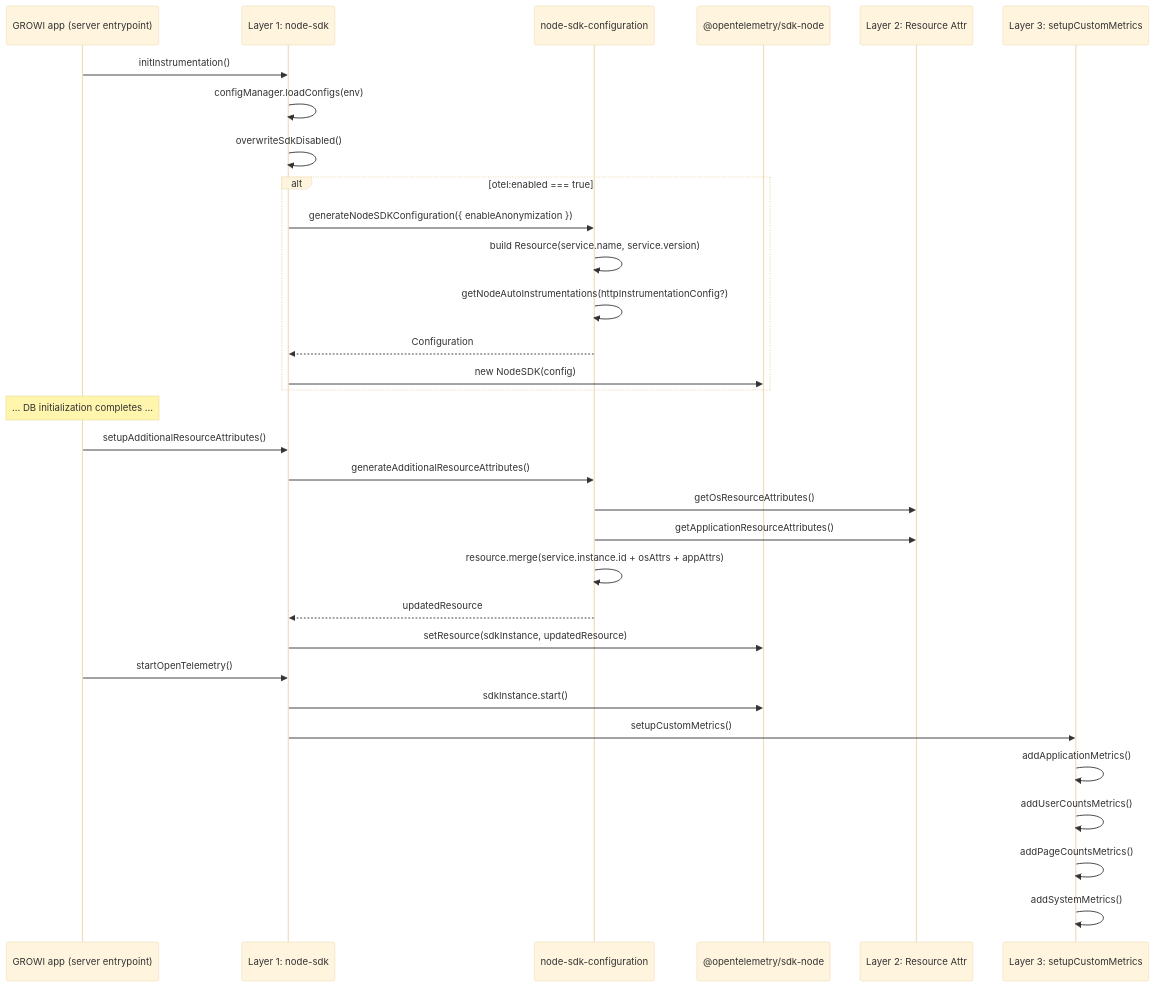
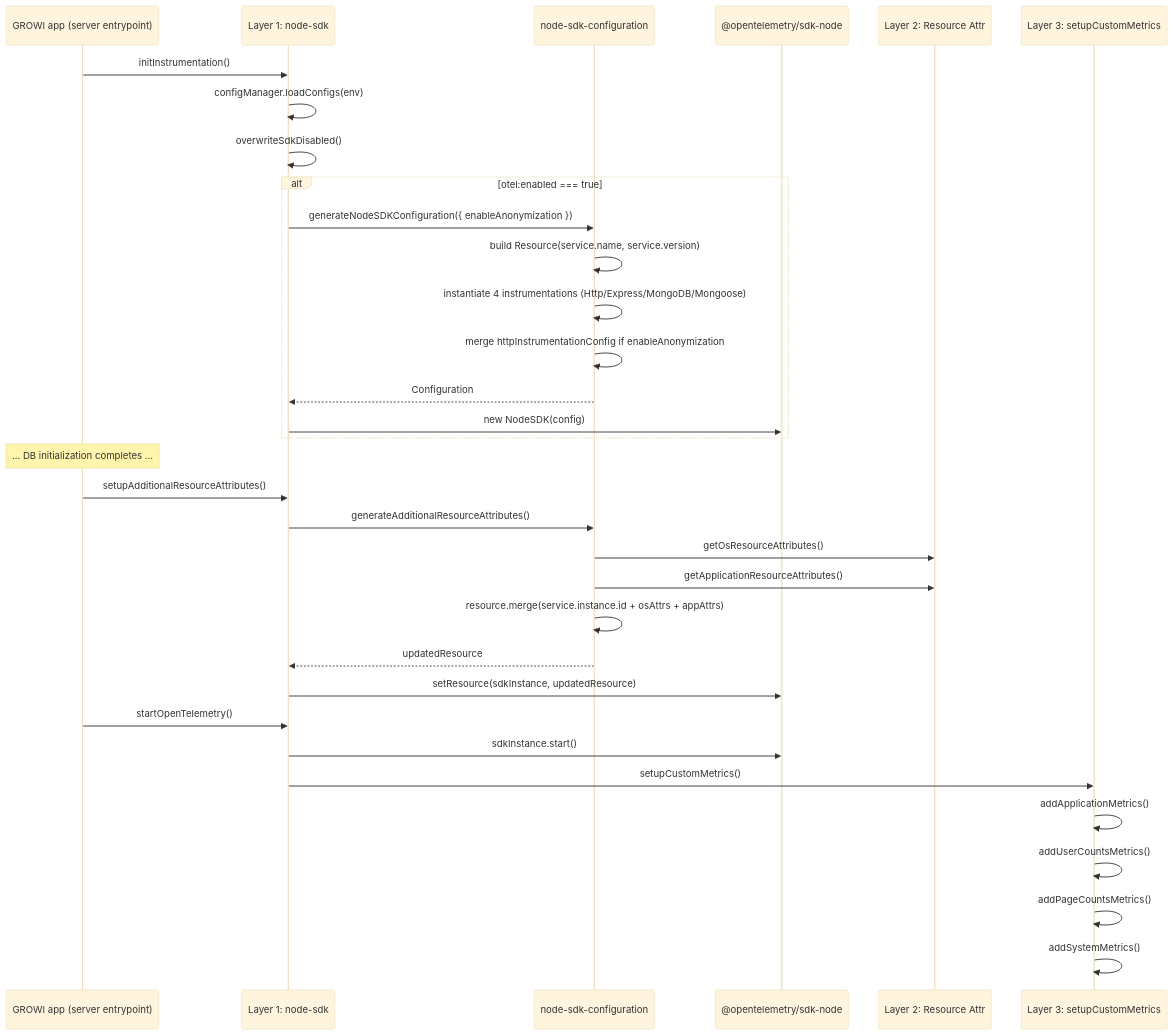
Before and after one commit to growilabs/growi: the second of 2 diagrams in .kiro/specs/opentelemetry/design.md, drawn with Mermaid (base theme). The commit also changed other lines of this file and 10 other files, not shown here.

````diff
--- a/.kiro/specs/opentelemetry/design.md
+++ b/.kiro/specs/opentelemetry/design.md
@@ -187,35 +190,36 @@
 ```mermaid
 sequenceDiagram
     participant App as GROWI app (server entrypoint)
     participant Lifecycle as Layer 1: node-sdk
     participant Config as node-sdk-configuration
     participant SDK as @opentelemetry/sdk-node
     participant Res as Layer 2: Resource Attr
     participant Met as Layer 3: setupCustomMetrics
 
     App->>Lifecycle: initInstrumentation()
     Lifecycle->>Lifecycle: configManager.loadConfigs(env)
     Lifecycle->>Lifecycle: overwriteSdkDisabled()
     alt otel:enabled === true
         Lifecycle->>Config: generateNodeSDKConfiguration({ enableAnonymization })
         Config->>Config: build Resource(service.name, service.version)
-        Config->>Config: getNodeAutoInstrumentations(httpInstrumentationConfig?)
+        Config->>Config: instantiate 4 instrumentations (Http/Express/MongoDB/Mongoose)
+        Config->>Config: merge httpInstrumentationConfig if enableAnonymization
         Config-->>Lifecycle: Configuration
         Lifecycle->>SDK: new NodeSDK(config)
     end
     Note over App: ... DB initialization completes ...
     App->>Lifecycle: setupAdditionalResourceAttributes()
     Lifecycle->>Config: generateAdditionalResourceAttributes()
     Config->>Res: getOsResourceAttributes()
     Config->>Res: getApplicationResourceAttributes()
     Config->>Config: resource.merge(service.instance.id + osAttrs + appAttrs)
     Config-->>Lifecycle: updatedResource
     Lifecycle->>SDK: setResource(sdkInstance, updatedResource)
     App->>Lifecycle: startOpenTelemetry()
     Lifecycle->>SDK: sdkInstance.start()
     Lifecycle->>Met: setupCustomMetrics()
     Met->>Met: addApplicationMetrics()
     Met->>Met: addUserCountsMetrics()
     Met->>Met: addPageCountsMetrics()
     Met->>Met: addSystemMetrics()
 ```
````
